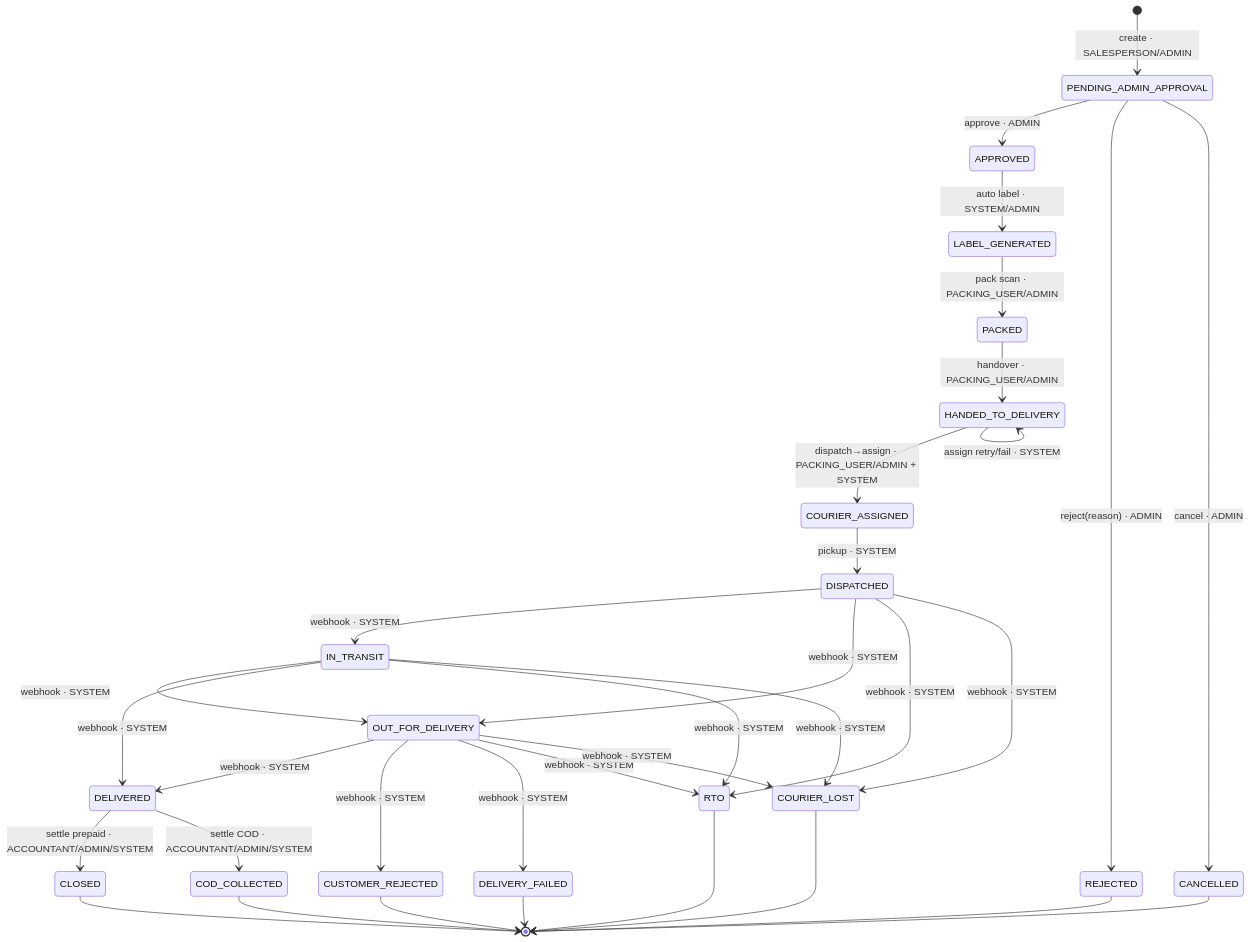
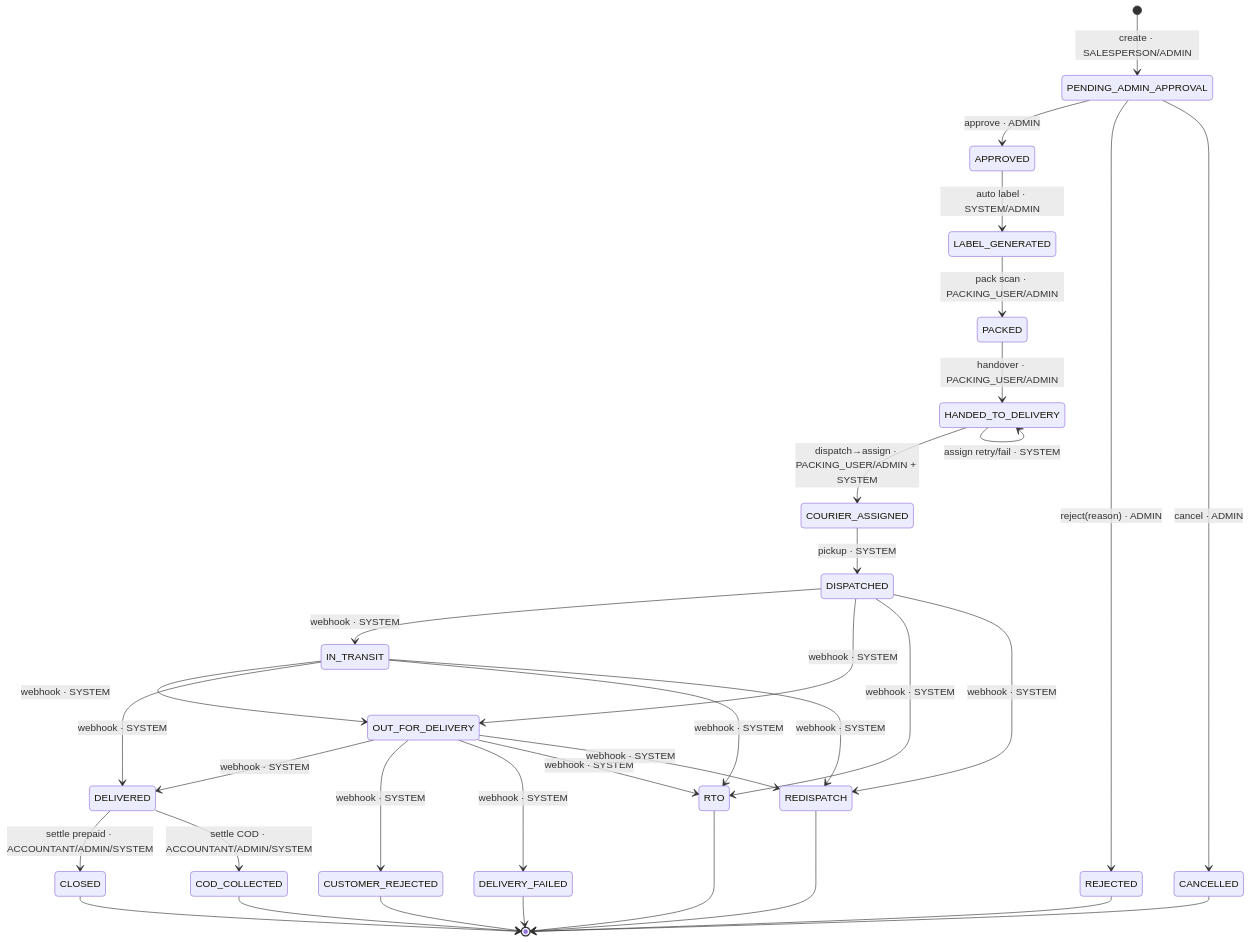
Before and after one commit to gangwalparul19/Shifa-Software: the first of 2 diagrams in .kiro/specs/role-based-order-workflow/design.md, drawn with Mermaid. The commit also changed other lines of this file and 52 other files, not shown here.

````diff
--- a/.kiro/specs/role-based-order-workflow/design.md
+++ b/.kiro/specs/role-based-order-workflow/design.md
@@ -91,41 +91,41 @@
 ```mermaid
 stateDiagram-v2
     [*] --> PENDING_ADMIN_APPROVAL: create · SALESPERSON/ADMIN
     PENDING_ADMIN_APPROVAL --> APPROVED: approve · ADMIN
     PENDING_ADMIN_APPROVAL --> REJECTED: reject(reason) · ADMIN
     PENDING_ADMIN_APPROVAL --> CANCELLED: cancel · ADMIN
 
     APPROVED --> LABEL_GENERATED: auto label · SYSTEM/ADMIN
     LABEL_GENERATED --> PACKED: pack scan · PACKING_USER/ADMIN
 
     PACKED --> HANDED_TO_DELIVERY: handover · PACKING_USER/ADMIN
     HANDED_TO_DELIVERY --> COURIER_ASSIGNED: dispatch→assign · PACKING_USER/ADMIN + SYSTEM
     HANDED_TO_DELIVERY --> HANDED_TO_DELIVERY: assign retry/fail · SYSTEM
 
     COURIER_ASSIGNED --> DISPATCHED: pickup · SYSTEM
     DISPATCHED --> IN_TRANSIT: webhook · SYSTEM
     DISPATCHED --> OUT_FOR_DELIVERY: webhook · SYSTEM
     DISPATCHED --> RTO: webhook · SYSTEM
-    DISPATCHED --> COURIER_LOST: webhook · SYSTEM
+    DISPATCHED --> REDISPATCH: webhook · SYSTEM
     IN_TRANSIT --> OUT_FOR_DELIVERY: webhook · SYSTEM
     IN_TRANSIT --> DELIVERED: webhook · SYSTEM
     IN_TRANSIT --> RTO: webhook · SYSTEM
-    IN_TRANSIT --> COURIER_LOST: webhook · SYSTEM
+    IN_TRANSIT --> REDISPATCH: webhook · SYSTEM
     OUT_FOR_DELIVERY --> DELIVERED: webhook · SYSTEM
     OUT_FOR_DELIVERY --> CUSTOMER_REJECTED: webhook · SYSTEM
     OUT_FOR_DELIVERY --> DELIVERY_FAILED: webhook · SYSTEM
     OUT_FOR_DELIVERY --> RTO: webhook · SYSTEM
-    OUT_FOR_DELIVERY --> COURIER_LOST: webhook · SYSTEM
+    OUT_FOR_DELIVERY --> REDISPATCH: webhook · SYSTEM
 
     DELIVERED --> CLOSED: settle prepaid · ACCOUNTANT/ADMIN/SYSTEM
     DELIVERED --> COD_COLLECTED: settle COD · ACCOUNTANT/ADMIN/SYSTEM
 
     REJECTED --> [*]
     CANCELLED --> [*]
     CUSTOMER_REJECTED --> [*]
     DELIVERY_FAILED --> [*]
     RTO --> [*]
-    COURIER_LOST --> [*]
+    REDISPATCH --> [*]
     COD_COLLECTED --> [*]
     CLOSED --> [*]
 ```
````
